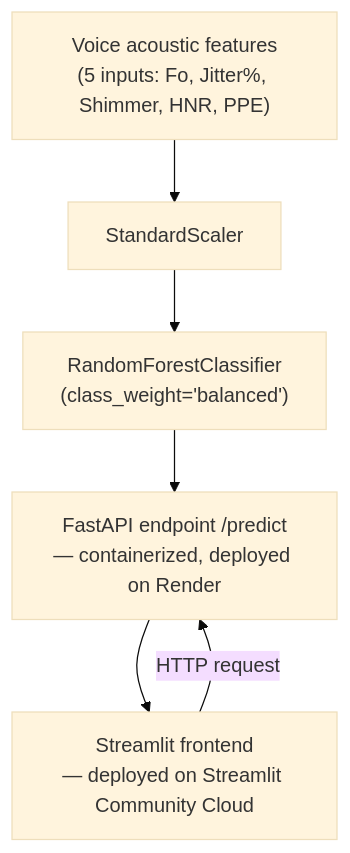
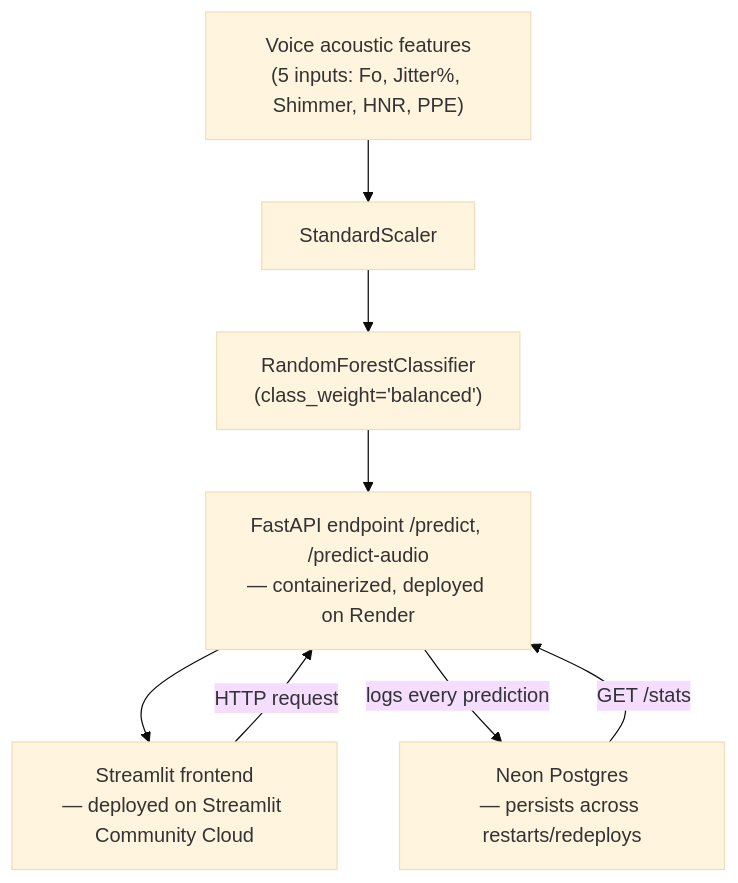
The diagram in README.md (Baffxy/PD-Voice-Screening), drawn with Mermaid (base theme) before and after one commit. The commit also changed other lines of this file, not shown here.

````diff
--- a/README.md
+++ b/README.md
@@ -42,8 +42,10 @@
 ```mermaid
 flowchart TD
     A["Voice acoustic features<br/>(5 inputs: Fo, Jitter%, Shimmer, HNR, PPE)"] --> B[StandardScaler]
     B --> C["RandomForestClassifier<br/>(class_weight='balanced')"]
-    C --> D["FastAPI endpoint /predict<br/>— containerized, deployed on Render"]
+    C --> D["FastAPI endpoint /predict, /predict-audio<br/>— containerized, deployed on Render"]
     D --> E["Streamlit frontend<br/>— deployed on Streamlit Community Cloud"]
     E -->|HTTP request| D
+    D -->|logs every prediction| F["Neon Postgres<br/>— persists across restarts/redeploys"]
+    F -->|GET /stats| D
 ```
````
